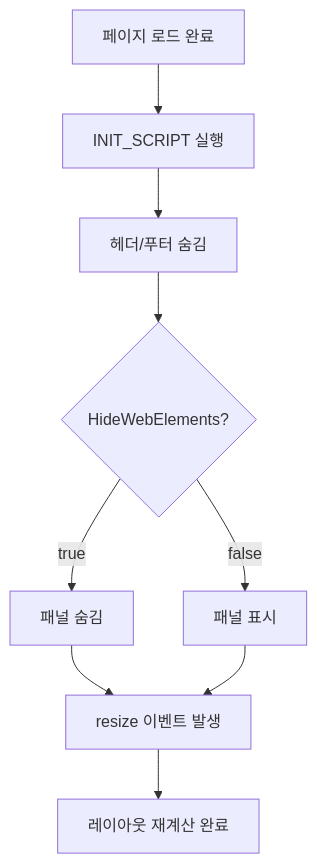
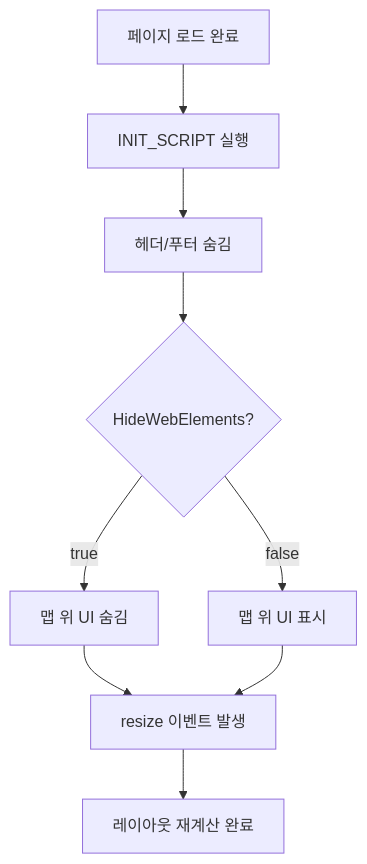
One commit to siakun/TanukiTarkovMap changed the fifth of 8 diagrams in PROJECT.md. Above: the diagram before and after it, drawn with Mermaid. The commit also changed other lines of this file and 5 other files, not shown here.

````diff
--- a/PROJECT.md
+++ b/PROJECT.md
@@ -210,11 +210,11 @@
 ```mermaid
 flowchart TD
     START[페이지 로드 완료] --> INIT[INIT_SCRIPT 실행]
     INIT --> ALWAYS[헤더/푸터 숨김]
     ALWAYS --> CHECK{HideWebElements?}
-    CHECK -->|true| HIDE[패널 숨김]
-    CHECK -->|false| SHOW[패널 표시]
+    CHECK -->|true| HIDE[맵 위 UI 숨김]
+    CHECK -->|false| SHOW[맵 위 UI 표시]
     HIDE --> RESIZE[resize 이벤트 발생]
     SHOW --> RESIZE
     RESIZE --> END[레이아웃 재계산 완료]
 ```
````
